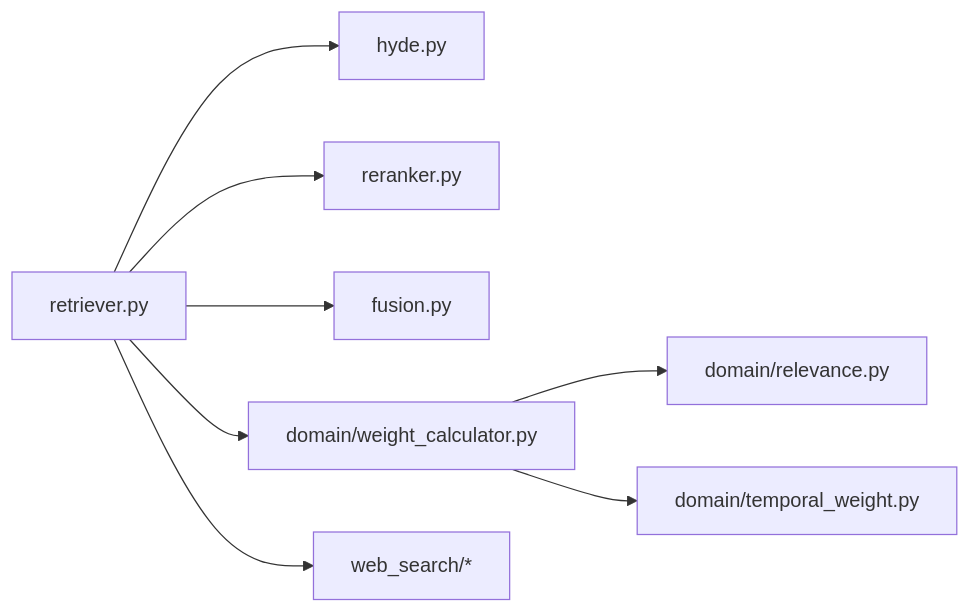
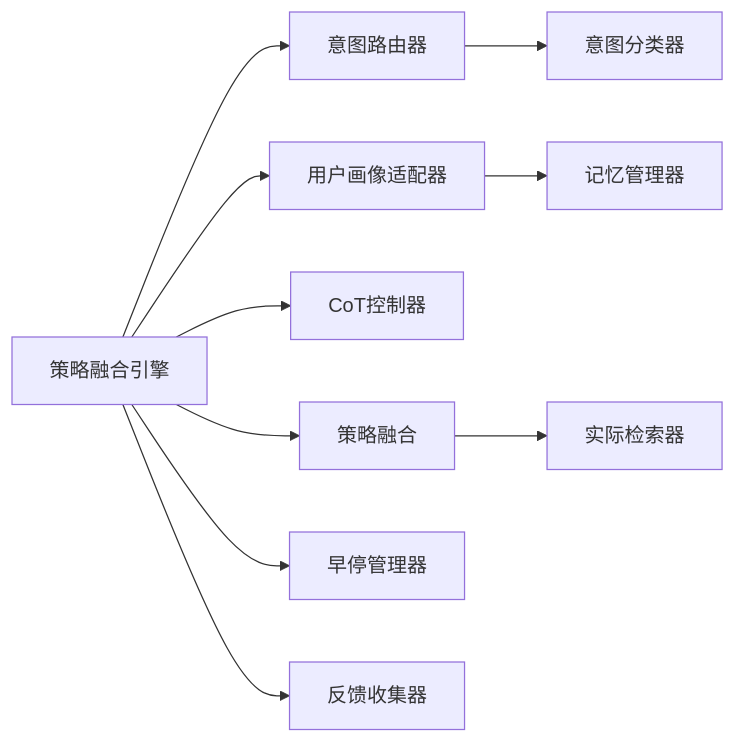
One commit to JieGaoPrinceton/NecoRAG changed the tenth of 10 diagrams in .qoder/repowiki/zh/content/检索引擎模块/检索引擎模块.md. Above: the diagram before and after it, drawn with Mermaid. The commit also changed other lines of this file and 82 other files, not shown here.

````diff
--- a/.qoder/repowiki/zh/content/检索引擎模块/检索引擎模块.md
+++ b/.qoder/repowiki/zh/content/检索引擎模块/检索引擎模块.md
@@ -344,10 +389,12 @@
 ```mermaid
 graph LR
-RET["retriever.py"] --> HYDE["hyde.py"]
-RET --> RERANK["reranker.py"]
-RET --> FUSION["fusion.py"]
-RET --> DOMW["domain/weight_calculator.py"]
-DOMW --> REL["domain/relevance.py"]
-DOMW --> TEMP["domain/temporal_weight.py"]
-RET --> WEB["web_search/*"]
+SFE["策略融合引擎"] --> IR["意图路由器"]
+SFE --> UA["用户画像适配器"]
+SFE --> CC["CoT控制器"]
+SFE --> SF["策略融合"]
+SFE --> ES["早停管理器"]
+SFE --> FC["反馈收集器"]
+IR --> IC["意图分类器"]
+UA --> MM["记忆管理器"]
+SF --> TR["实际检索器"]
 ```
````
